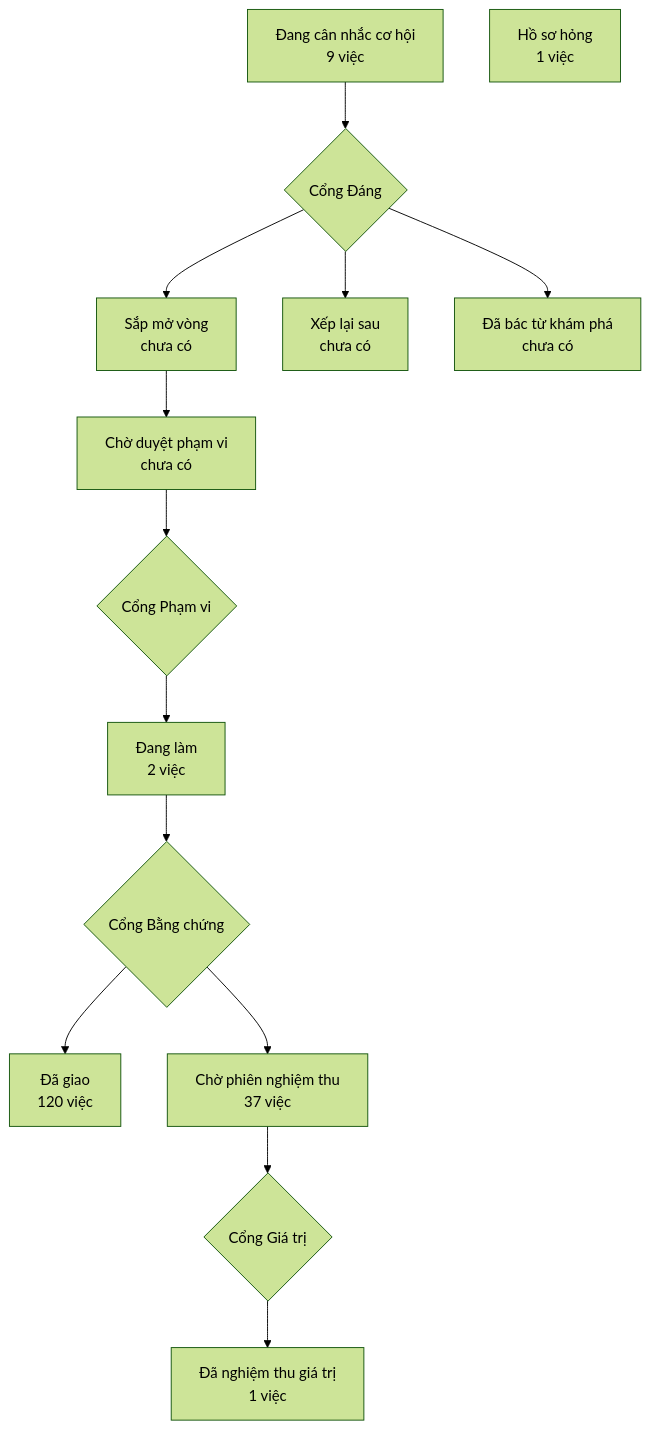
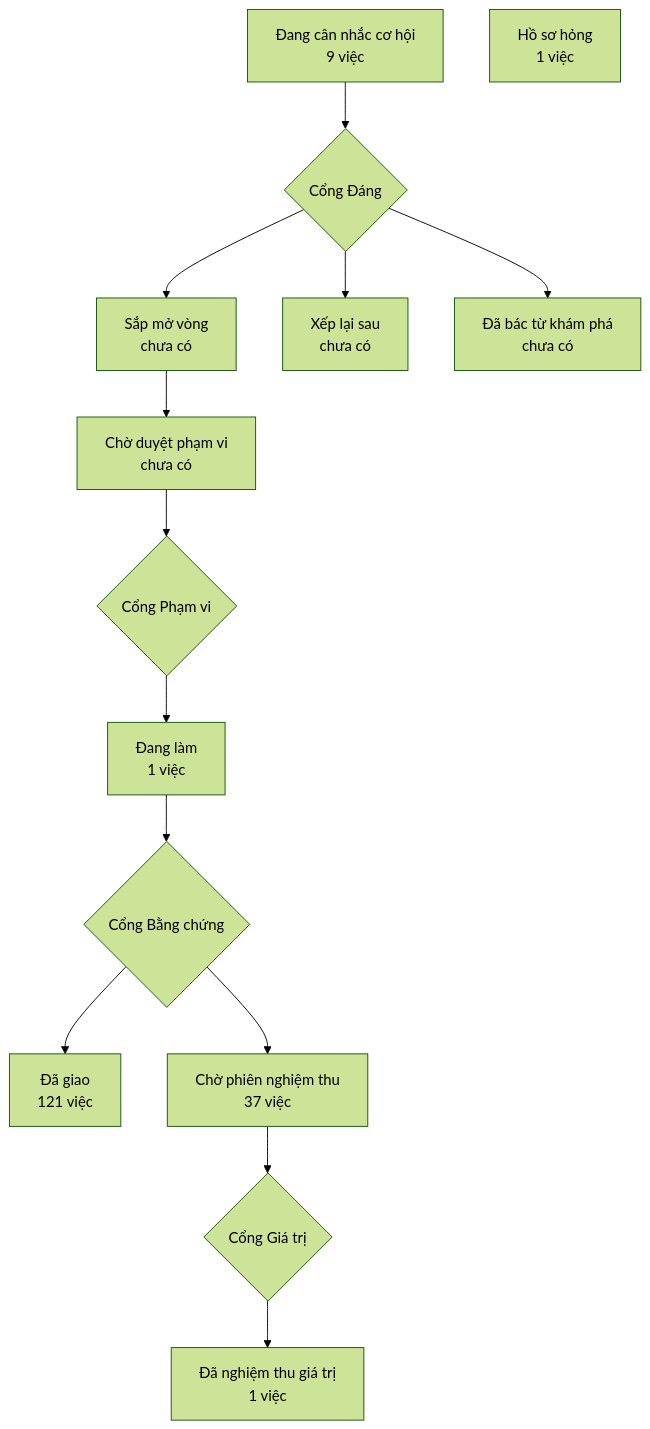
The diagram in PRODUCT-MAP.md (phanlemanh/crm-onehub), drawn with Mermaid (forest theme) before and after one commit. The commit also changed 4 other files, not shown here.

````diff
--- a/PRODUCT-MAP.md
+++ b/PRODUCT-MAP.md
@@ -7,13 +7,13 @@
 ```mermaid
 flowchart TD
   A["Đang cân nhắc cơ hội<br/>9 việc"] --> GD{"Cổng Đáng"}
   GD --> B["Sắp mở vòng<br/>chưa có"]
   GD --> XL["Xếp lại sau<br/>chưa có"]
   GD --> DB["Đã bác từ khám phá<br/>chưa có"]
   B --> CD["Chờ duyệt phạm vi<br/>chưa có"] --> GP{"Cổng Phạm vi"}
-  GP --> DL["Đang làm<br/>2 việc"] --> GB{"Cổng Bằng chứng"}
-  GB --> DG["Đã giao<br/>120 việc"]
+  GP --> DL["Đang làm<br/>1 việc"] --> GB{"Cổng Bằng chứng"}
+  GB --> DG["Đã giao<br/>121 việc"]
   GB --> CN["Chờ phiên nghiệm thu<br/>37 việc"] --> GG{"Cổng Giá trị"}
   GG --> NT["Đã nghiệm thu giá trị<br/>1 việc"]
   HS["Hồ sơ hỏng<br/>1 việc"]
 ```
````
